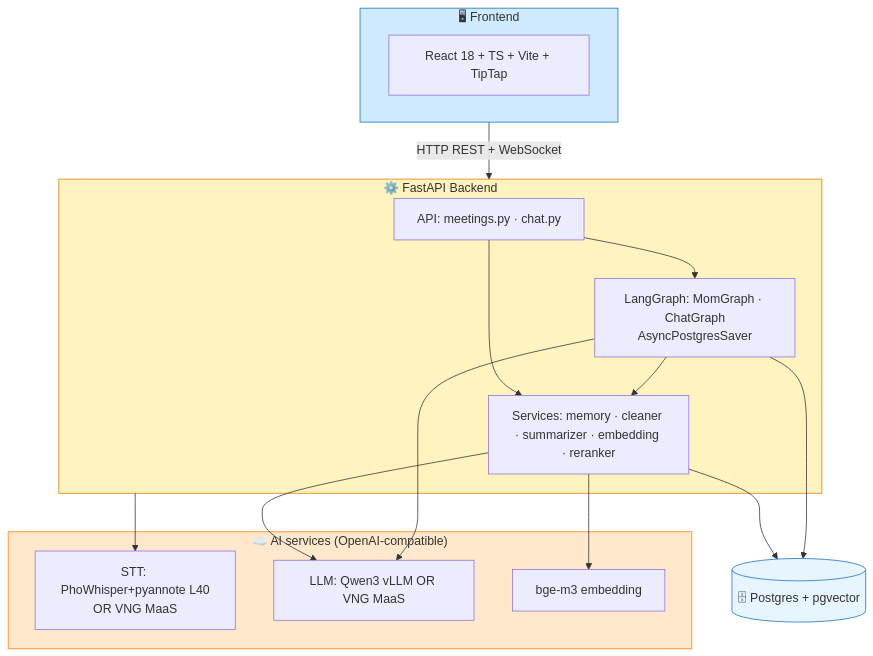
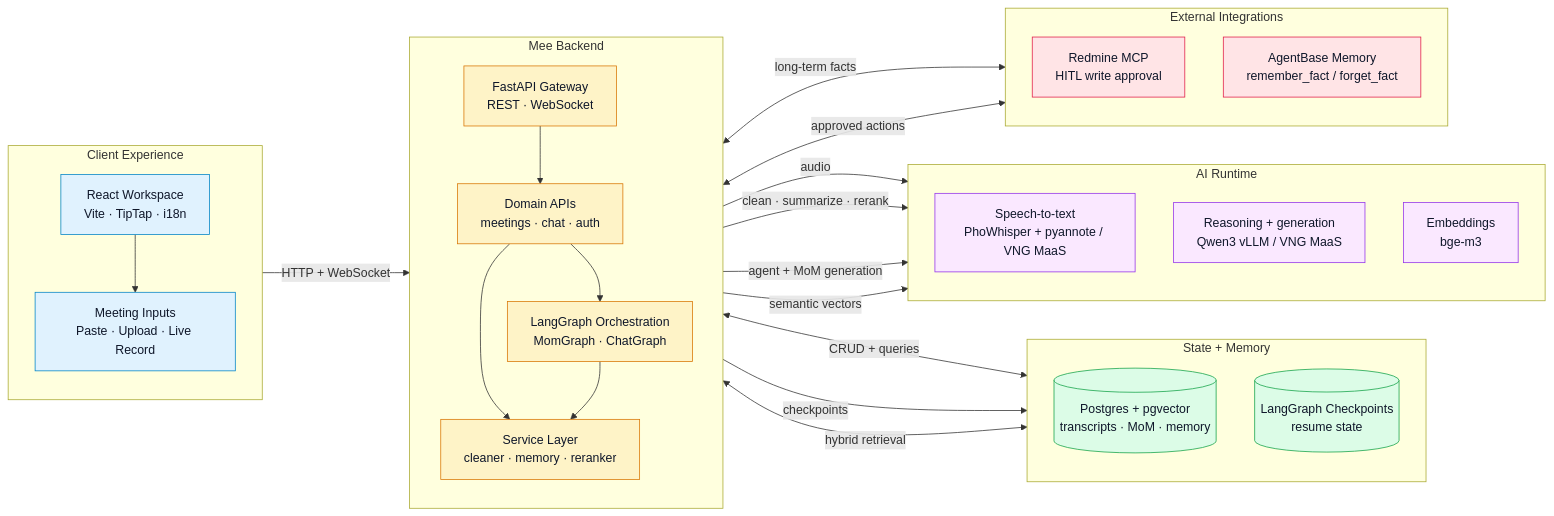
Before and after one commit to HatakekkSheeshh/mee-agent: the diagram in README.md, drawn with Mermaid. The commit also changed other lines of this file, not shown here.

````diff
--- a/README.md
+++ b/README.md
@@ -144,29 +163,63 @@
 ```mermaid
-flowchart TB
-    subgraph FE["🖥 Frontend"]
-        FE1[React 18 + TS + Vite + TipTap]
+flowchart LR
+    subgraph Client["Client Experience"]
+        direction TB
+        UI["React Workspace<br/>Vite · TipTap · i18n"]
+        Input["Meeting Inputs<br/>Paste · Upload · Live Record"]
+        UI --> Input
     end
-    subgraph BE["⚙️ FastAPI Backend"]
-        API[API: meetings.py · chat.py]
-        SVC[Services: memory · cleaner · summarizer · embedding · reranker]
-        LG[LangGraph: MomGraph · ChatGraph<br/>AsyncPostgresSaver]
+
+    subgraph Core["Mee Backend"]
+        direction TB
+        API["FastAPI Gateway<br/>REST · WebSocket"]
+        Routers["Domain APIs<br/>meetings · chat · auth"]
+        Graphs["LangGraph Orchestration<br/>MomGraph · ChatGraph"]
+        Services["Service Layer<br/>cleaner · memory · reranker"]
+        API --> Routers
+        Routers --> Graphs
+        Routers --> Services
+        Graphs --> Services
     end
-    subgraph EXT["☁️ AI services (OpenAI-compatible)"]
-        STT[STT: PhoWhisper+pyannote L40<br/>OR VNG MaaS]
-        LLM[LLM: Qwen3 vLLM OR VNG MaaS]
-        EMB[bge-m3 embedding]
+
+    subgraph Data["State + Memory"]
+        direction TB
+        DB[("Postgres + pgvector<br/>transcripts · MoM · memory")]
+        CP[("LangGraph Checkpoints<br/>resume state")]
     end
-    PG[("🗄 Postgres + pgvector")]
-    FE -->|HTTP REST + WebSocket| BE
-    API --> SVC --> PG
-    API --> LG --> PG
-    LG --> SVC
-    BE --> STT
-    SVC --> EMB
-    SVC --> LLM
-    LG --> LLM
-    style FE fill:#d0ebff,stroke:#1971c2
-    style BE fill:#fff3bf,stroke:#e67700
-    style EXT fill:#ffe8cc,stroke:#fd7e14
-    style PG fill:#e7f5ff,stroke:#1971c2
+
+    subgraph AI["AI Runtime"]
+        direction TB
+        STT["Speech-to-text<br/>PhoWhisper + pyannote / VNG MaaS"]
+        LLM["Reasoning + generation<br/>Qwen3 vLLM / VNG MaaS"]
+        EMB["Embeddings<br/>bge-m3"]
+    end
+
+    subgraph Integrations["External Integrations"]
+        direction TB
+        Redmine["Redmine MCP<br/>HITL write approval"]
+        AgentBase["AgentBase Memory<br/>remember_fact / forget_fact"]
+    end
+
+    Input -->|HTTP + WebSocket| API
+    Routers <-->|CRUD + queries| DB
+    Graphs -->|checkpoints| CP
+    Services <-->|hybrid retrieval| DB
+    API -->|audio| STT
+    Services -->|clean · summarize · rerank| LLM
+    Graphs -->|agent + MoM generation| LLM
+    Services -->|semantic vectors| EMB
+    Services <-->|long-term facts| AgentBase
+    Graphs <-->|approved actions| Redmine
+
+    classDef client fill:#e0f2fe,stroke:#0284c7,color:#0f172a
+    classDef core fill:#fef3c7,stroke:#d97706,color:#0f172a
+    classDef data fill:#dcfce7,stroke:#16a34a,color:#0f172a
+    classDef ai fill:#fae8ff,stroke:#9333ea,color:#0f172a
+    classDef integration fill:#ffe4e6,stroke:#e11d48,color:#0f172a
+
+    class UI,Input client
+    class API,Routers,Graphs,Services core
+    class DB,CP data
+    class STT,LLM,EMB ai
+    class Redmine,AgentBase integration
 ```
````
